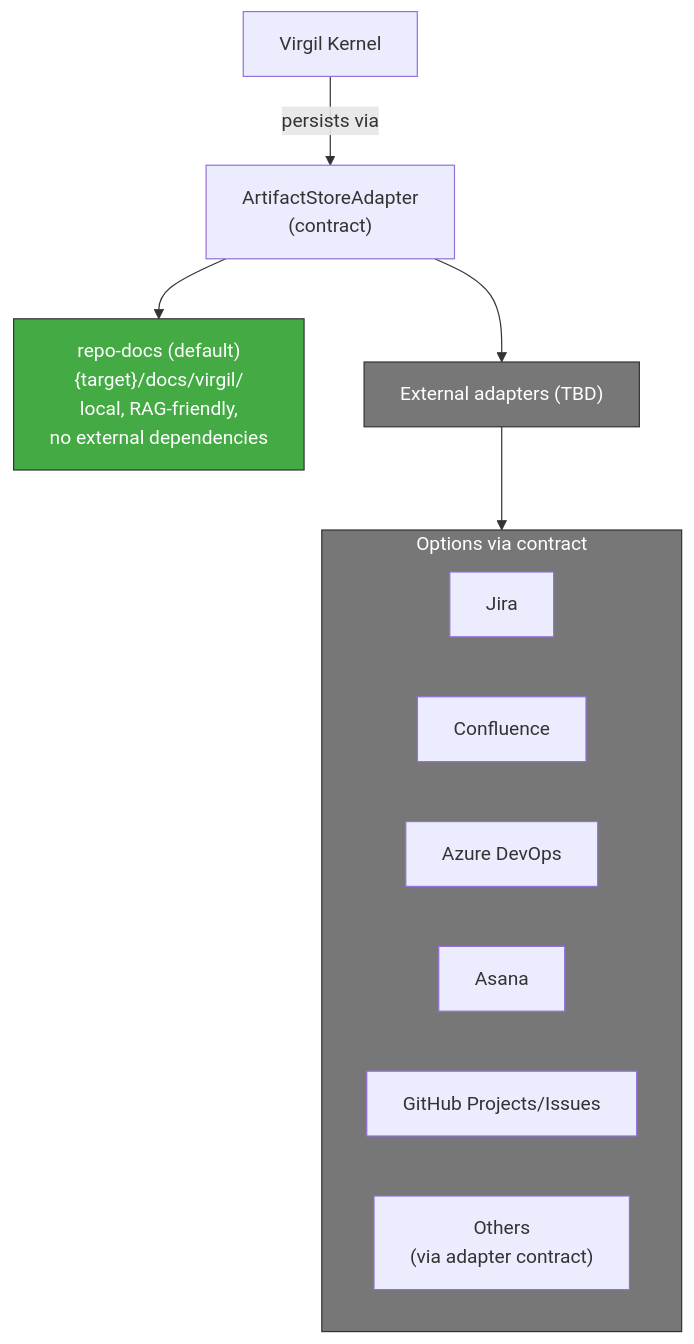
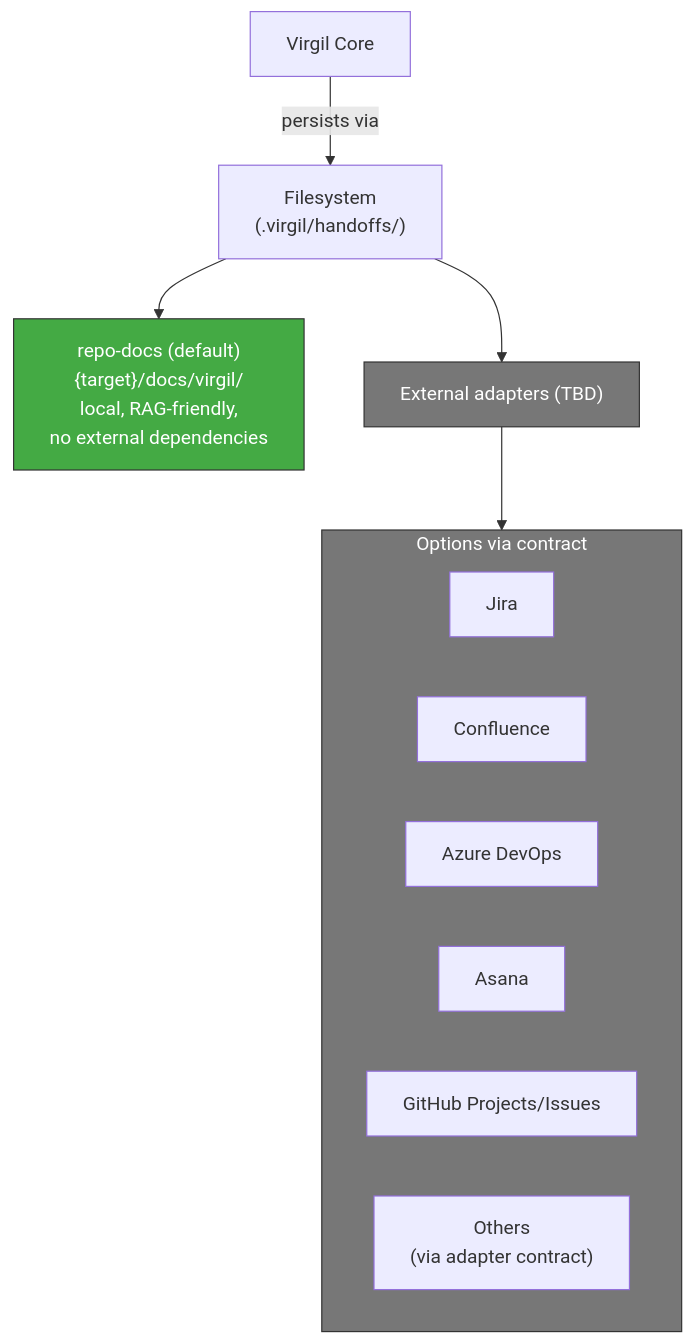
One commit to virgenherrera/virgil changed diagram 24 of 48 in docs/reference/principia/constitution.md. Above: the diagram before and after it, drawn with Mermaid. The commit also changed other lines of this file and 3 other files, not shown here.

First line of the commit message:
docs: constitutional amendment — CLI architecture alignment

````diff
--- a/docs/reference/principia/constitution.md
+++ b/docs/reference/principia/constitution.md
@@ -1016,24 +1051,24 @@
 ```mermaid
 flowchart TD
-    VIRGIL["Virgil Kernel"]
-    VIRGIL -->|"persists via"| ASA["ArtifactStoreAdapter\n(contract)"]
+    VIRGIL["Virgil Core"]
+    VIRGIL -->|"persists via"| ASA["Filesystem\n(.virgil/handoffs/)"]
 
     ASA --> DEFAULT["repo-docs (default)\n{target}/docs/virgil/\nlocal, RAG-friendly,\nno external dependencies"]
 
     ASA --> EXT["External adapters (TBD)"]
 
     subgraph EXTERNOS["Options via contract"]
         JIRA["Jira"]
         CONF["Confluence"]
         AZURE["Azure DevOps"]
         ASANA["Asana"]
         GH["GitHub Projects/Issues"]
         OTROS["Others\n(via adapter contract)"]
     end
 
     EXT --> EXTERNOS
 
     style DEFAULT fill:#4a4,stroke:#333,color:#fff
     style EXT fill:#777,stroke:#333,color:#fff
     style EXTERNOS fill:#777,stroke:#333,color:#fff
 ```
````
